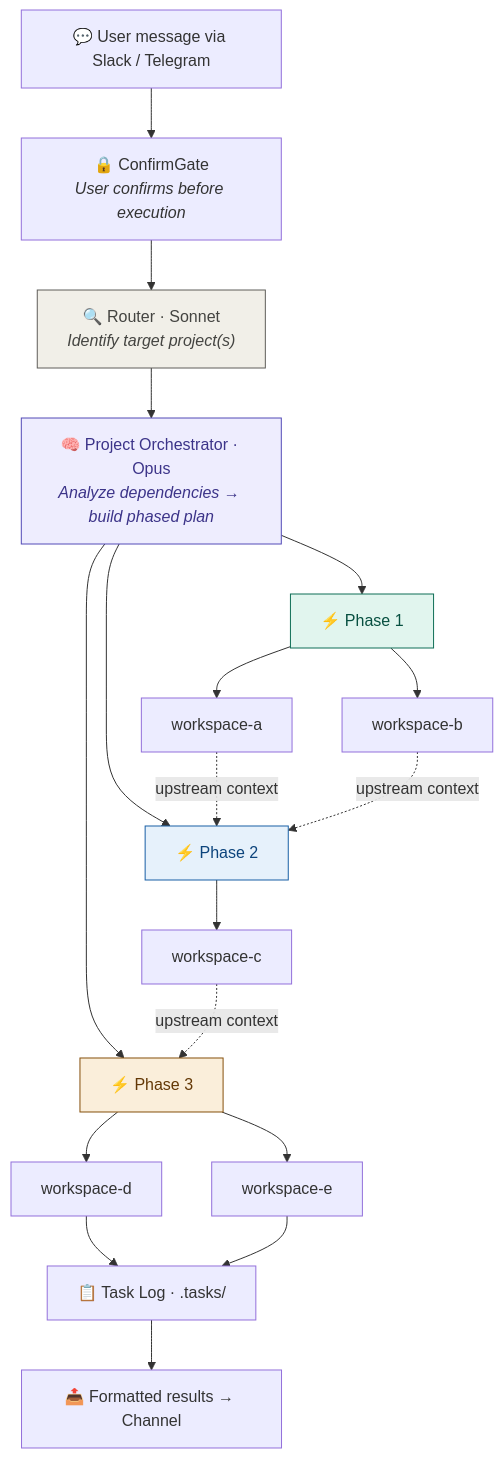
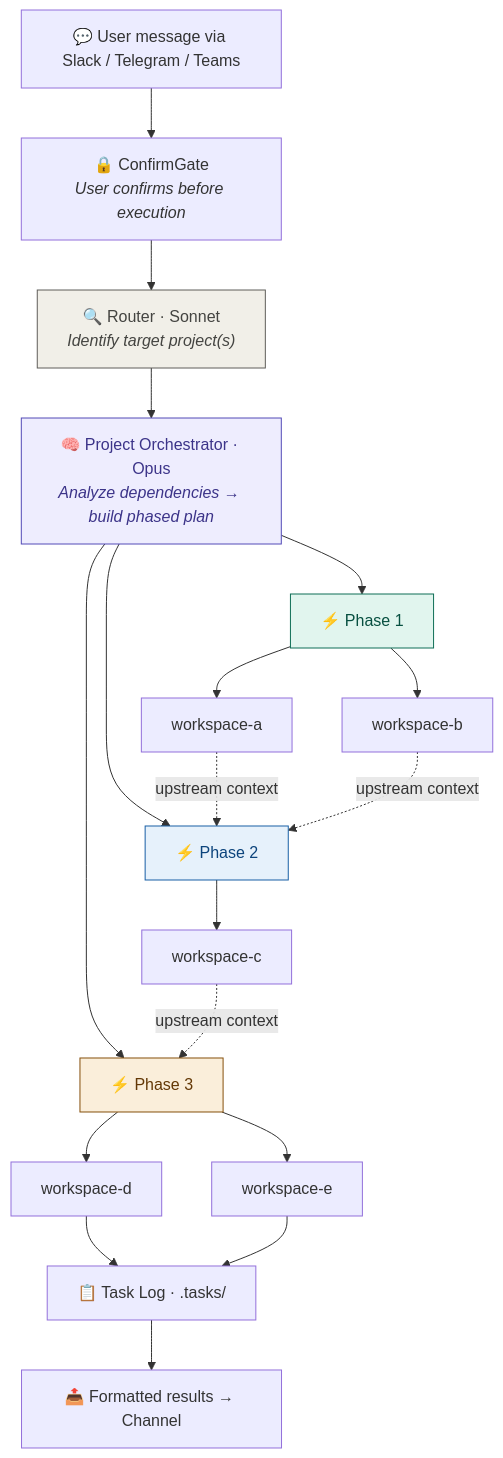
Before and after one commit to arnoldadlv/claude-code-tunnels: the first of 6 diagrams in README.md, drawn with Mermaid. The commit also changed other lines of this file and 2 other files, not shown here.

First line of the commit message:
fix: update all docs and remove stale files for Teams support

````diff
--- a/README.md
+++ b/README.md
@@ -98,29 +98,29 @@
 ```mermaid
 flowchart TB
-    MSG["💬 User message via Slack / Telegram"]
+    MSG["💬 User message via Slack / Telegram / Teams"]
     MSG --> CONFIRM["🔒 ConfirmGate<br/><i>User confirms before execution</i>"]
     CONFIRM --> ROUTER["🔍 Router · Sonnet<br/><i>Identify target project(s)</i>"]
     ROUTER --> PO["🧠 Project Orchestrator · Opus<br/><i>Analyze dependencies → build phased plan</i>"]
 
     PO --> P1["⚡ Phase 1"]
     PO --> P2["⚡ Phase 2"]
     PO --> P3["⚡ Phase 3"]
 
     P1 --> WS_A["workspace-a"]
     P1 --> WS_B["workspace-b"]
     P2 --> WS_C["workspace-c"]
     P3 --> WS_D["workspace-d"]
     P3 --> WS_E["workspace-e"]
 
     WS_A & WS_B -.->|"upstream context"| P2
     WS_C -.->|"upstream context"| P3
 
     WS_D & WS_E --> LOG["📋 Task Log · .tasks/"]
     LOG --> RESULT["📤 Formatted results → Channel"]
 
     style P1 fill:#E1F5EE,stroke:#0F6E56,color:#085041
     style P2 fill:#E6F1FB,stroke:#185FA5,color:#0C447C
     style P3 fill:#FAEEDA,stroke:#854F0B,color:#633806
     style PO fill:#EEEDFE,stroke:#534AB7,color:#3C3489
     style ROUTER fill:#F1EFE8,stroke:#5F5E5A,color:#444441
 ```
````
